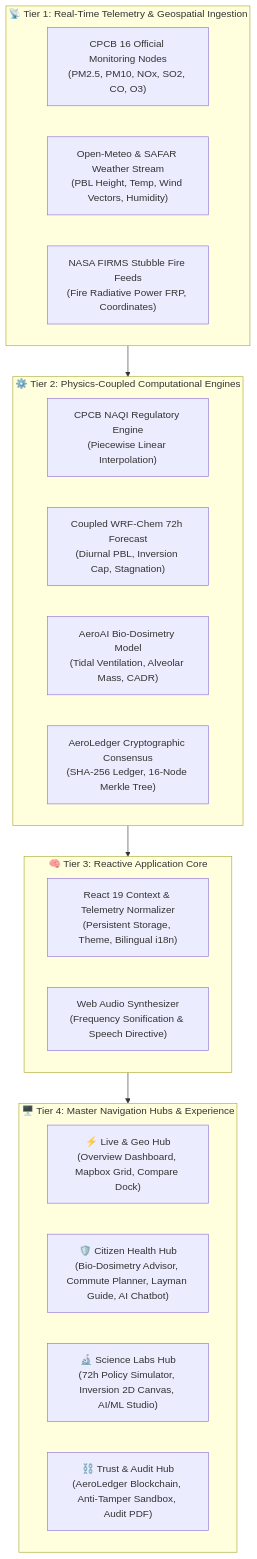
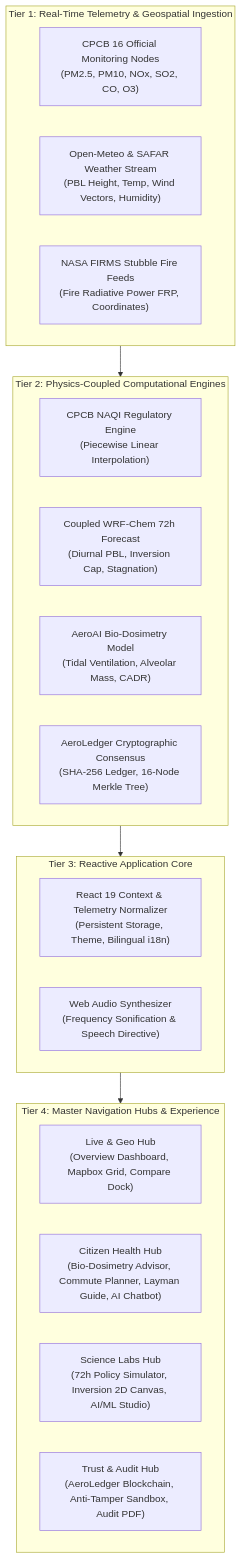
Before and after one commit to Veer0603/SIH2026: the diagram in README.md, drawn with Mermaid. The commit also changed other lines of this file, not shown here.

````diff
--- a/README.md
+++ b/README.md
@@ -100,31 +100,31 @@
 ```mermaid
 flowchart TB
-    subgraph DataIngestion["📡 Tier 1: Real-Time Telemetry & Geospatial Ingestion"]
+    subgraph DataIngestion["Tier 1: Real-Time Telemetry & Geospatial Ingestion"]
         CPCB["CPCB 16 Official Monitoring Nodes\n(PM2.5, PM10, NOx, SO2, CO, O3)"]
         OpenMeteo["Open-Meteo & SAFAR Weather Stream\n(PBL Height, Temp, Wind Vectors, Humidity)"]
         NASAFIRMS["NASA FIRMS Stubble Fire Feeds\n(Fire Radiative Power FRP, Coordinates)"]
     end
 
-    subgraph ScientificEngines["⚙️ Tier 2: Physics-Coupled Computational Engines"]
+    subgraph ScientificEngines["Tier 2: Physics-Coupled Computational Engines"]
         NAQIEngine["CPCB NAQI Regulatory Engine\n(Piecewise Linear Interpolation)"]
         WRFChem["Coupled WRF-Chem 72h Forecast\n(Diurnal PBL, Inversion Cap, Stagnation)"]
         BioDosimetry["AeroAI Bio-Dosimetry Model\n(Tidal Ventilation, Alveolar Mass, CADR)"]
         AeroLedger["AeroLedger Cryptographic Consensus\n(SHA-256 Ledger, 16-Node Merkle Tree)"]
     end
 
-    subgraph StateManagement["🧠 Tier 3: Reactive Application Core"]
+    subgraph StateManagement["Tier 3: Reactive Application Core"]
         Context["React 19 Context & Telemetry Normalizer\n(Persistent Storage, Theme, Bilingual i18n)"]
         AudioSynth["Web Audio Synthesizer\n(Frequency Sonification & Speech Directive)"]
     end
 
-    subgraph UserInterface["🖥️ Tier 4: Master Navigation Hubs & Experience"]
-        HubLive["⚡ Live & Geo Hub\n(Overview Dashboard, Mapbox Grid, Compare Dock)"]
-        HubCitizen["🛡️ Citizen Health Hub\n(Bio-Dosimetry Advisor, Commute Planner, Layman Guide, AI Chatbot)"]
-        HubScience["🔬 Science Labs Hub\n(72h Policy Simulator, Inversion 2D Canvas, AI/ML Studio)"]
-        HubTrust["⛓️ Trust & Audit Hub\n(AeroLedger Blockchain, Anti-Tamper Sandbox, Audit PDF)"]
+    subgraph UserInterface["Tier 4: Master Navigation Hubs & Experience"]
+        HubLive["Live & Geo Hub\n(Overview Dashboard, Mapbox Grid, Compare Dock)"]
+        HubCitizen["Citizen Health Hub\n(Bio-Dosimetry Advisor, Commute Planner, Layman Guide, AI Chatbot)"]
+        HubScience["Science Labs Hub\n(72h Policy Simulator, Inversion 2D Canvas, AI/ML Studio)"]
+        HubTrust["Trust & Audit Hub\n(AeroLedger Blockchain, Anti-Tamper Sandbox, Audit PDF)"]
     end
 
     DataIngestion --> ScientificEngines
     ScientificEngines --> StateManagement
     StateManagement --> UserInterface
 ```
````
